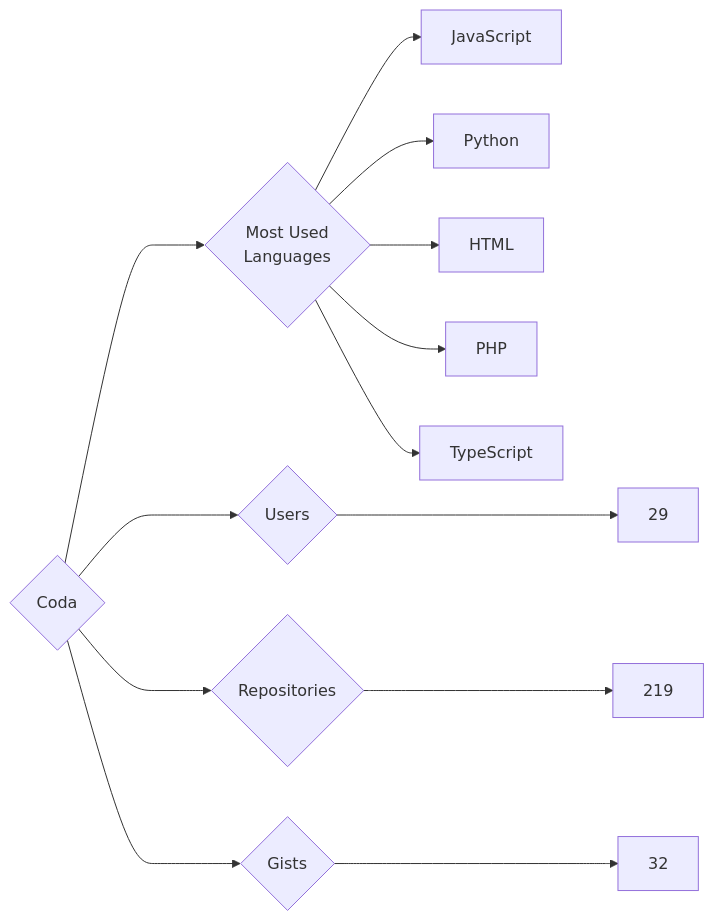
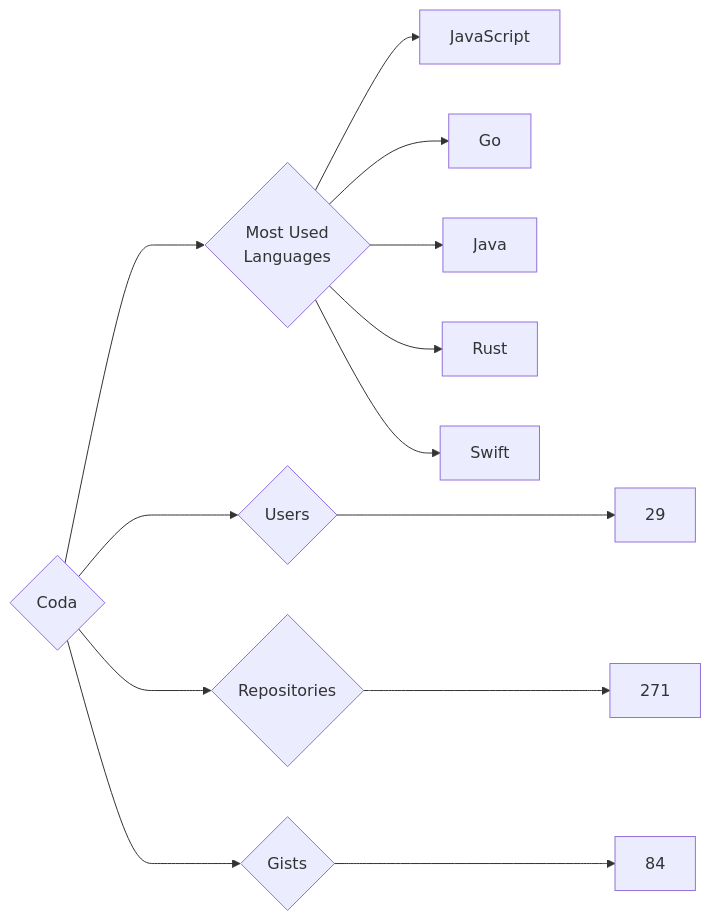
The diagram in targets/Coda/README.md (trickest/insiders), drawn with Mermaid before and after one commit. The commit also changed 721 other files, not shown here.

````diff
--- a/targets/Coda/README.md
+++ b/targets/Coda/README.md
@@ -3,13 +3,13 @@
 ```mermaid
 graph LR
 COMPANY_NAME{Coda}
 COMPANY_NAME ---> U{Users} ---> UN[29]
-COMPANY_NAME ---> R{Repositories} ---> RN[219]
-COMPANY_NAME ---> G{Gists} ---> GN[32]
+COMPANY_NAME ---> R{Repositories} ---> RN[271]
+COMPANY_NAME ---> G{Gists} ---> GN[84]
 COMPANY_NAME ---> ML{Most Used<br>Languages}
 ML --> JavaScript[JavaScript]
-ML --> Python[Python]
-ML --> HTML[HTML]
-ML --> PHP[PHP]
-ML --> TypeScript[TypeScript]
+ML --> Go[Go]
+ML --> Java[Java]
+ML --> Rust[Rust]
+ML --> Swift[Swift]
 ```
````
